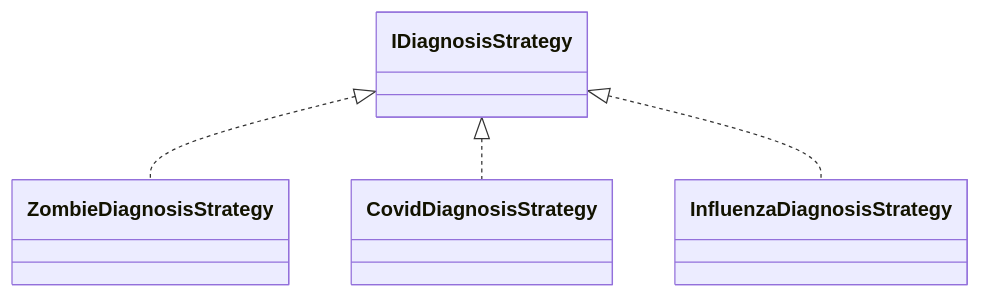
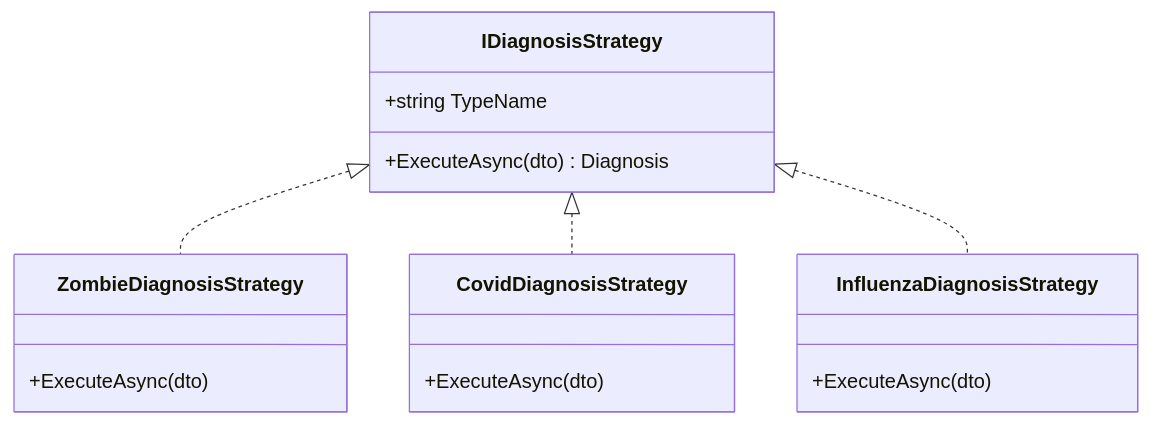
One commit to luisgabrielahumada/Diagnosis-Api changed the second of 2 diagrams in README.md. Above: the diagram before and after it, drawn with Mermaid. The commit also changed other lines of this file, not shown here.

````diff
--- a/README.md
+++ b/README.md
@@ -65,6 +94,23 @@
 ```mermaid
 classDiagram
-IDiagnosisStrategy <|.. ZombieDiagnosisStrategy
-IDiagnosisStrategy <|.. CovidDiagnosisStrategy
-IDiagnosisStrategy <|.. InfluenzaDiagnosisStrategy
+    class IDiagnosisStrategy {
+        +string TypeName
+        +ExecuteAsync(dto) Diagnosis
+    }
+
+    class ZombieDiagnosisStrategy {
+        +ExecuteAsync(dto)
+    }
+
+    class CovidDiagnosisStrategy {
+        +ExecuteAsync(dto)
+    }
+
+    class InfluenzaDiagnosisStrategy {
+        +ExecuteAsync(dto)
+    }
+
+    IDiagnosisStrategy <|.. ZombieDiagnosisStrategy
+    IDiagnosisStrategy <|.. CovidDiagnosisStrategy
+    IDiagnosisStrategy <|.. InfluenzaDiagnosisStrategy
 ```
````
